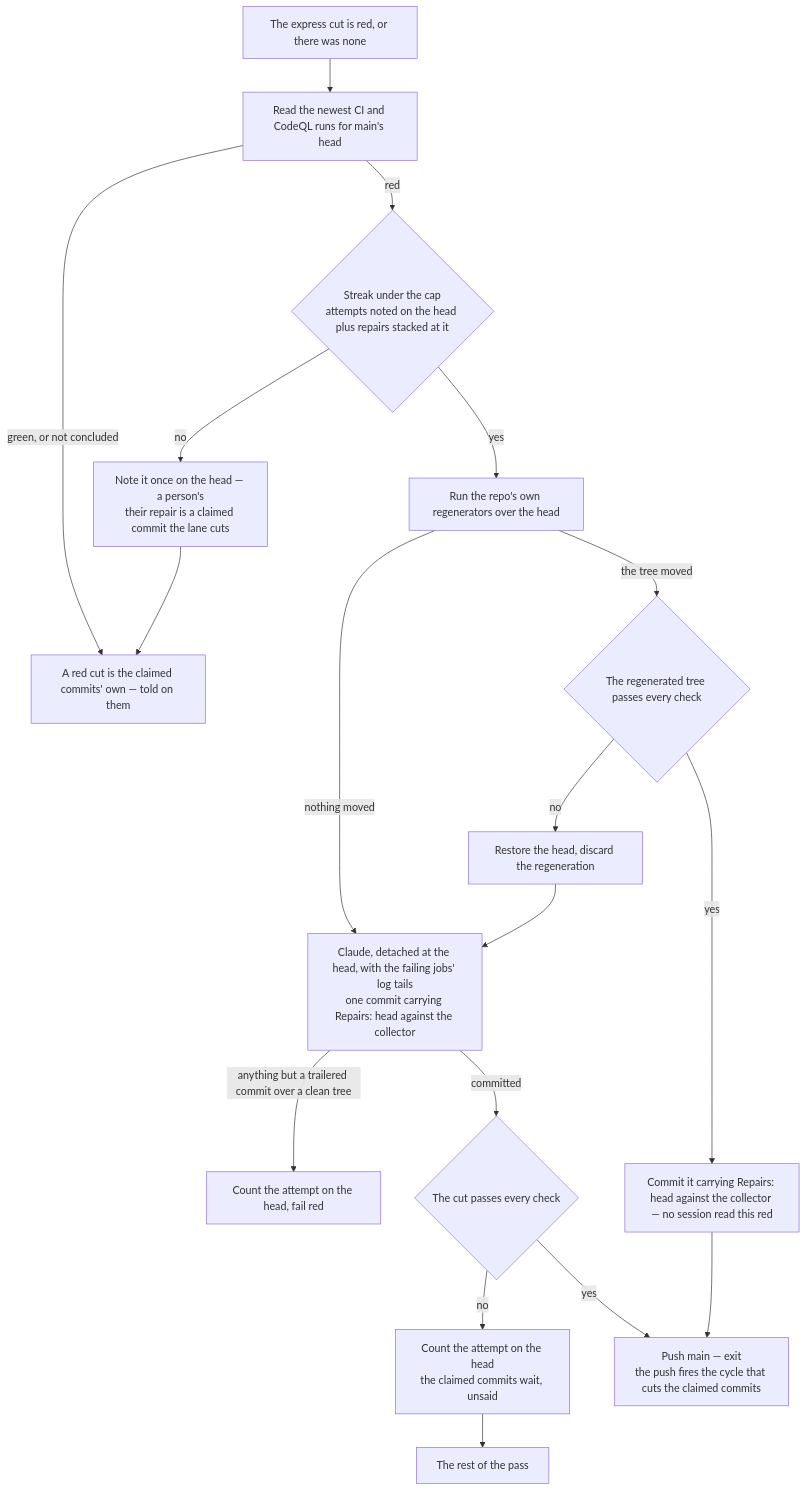
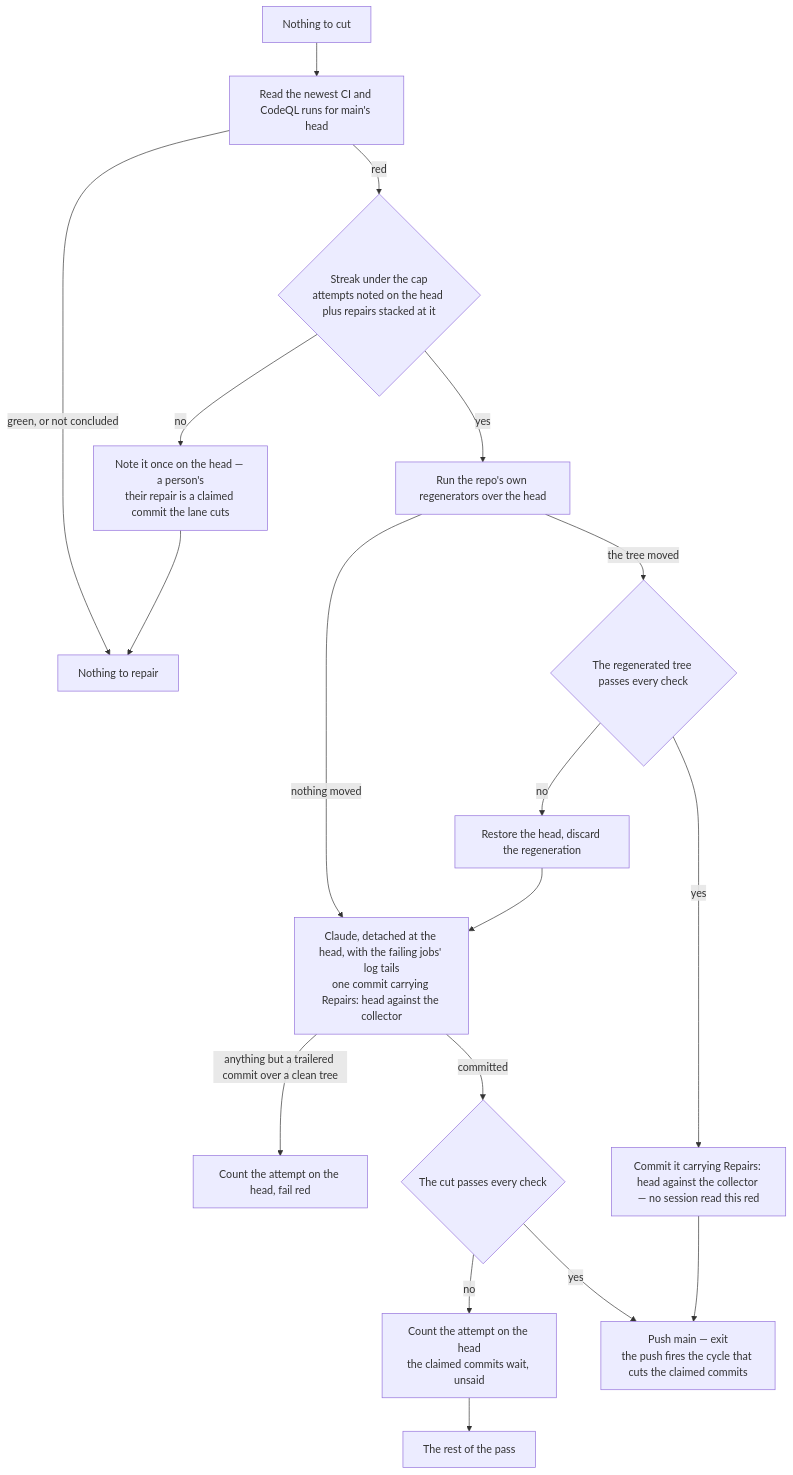
One commit to Esposter/Esposter changed the diagram in apps/web/content/docs/infra/review-collector/repair.md. Above: the diagram before and after it, drawn with Mermaid. The commit also changed other lines of this file and 18 other files, not shown here.

First line of the commit message:
fix(collector): the express cut lands unverified, and the window carries a claim a later commit builds on

````diff
--- a/apps/web/content/docs/infra/review-collector/repair.md
+++ b/apps/web/content/docs/infra/review-collector/repair.md
@@ -14,17 +14,17 @@
 ```mermaid
 flowchart TD
-  E[The express cut is red, or there was none] --> R[Read the newest CI and CodeQL runs for main's head]
-  R -->|green, or not concluded| L[A red cut is the claimed commits' own — told on them]
+  E[Nothing to cut] --> R[Read the newest CI and CodeQL runs for main's head]
+  R -->|green, or not concluded| L[Nothing to repair]
   R -->|red| S{Streak under the cap<br/>attempts noted on the head plus repairs stacked at it}
   S -->|no| P[Note it once on the head — a person's<br/>their repair is a claimed commit the lane cuts] --> L
   S -->|yes| G[Run the repo's own regenerators over the head]
   G -->|nothing moved| C
   G -->|the tree moved| GV{The regenerated tree passes every check}
   GV -->|no| RS[Restore the head, discard the regeneration] --> C
   GV -->|yes| GC[Commit it carrying Repairs: head against the collector — no session read this red] --> PU
   C[Claude, detached at the head, with the failing jobs' log tails<br/>one commit carrying Repairs: head against the collector]
   C -->|anything but a trailered commit over a clean tree| F[Count the attempt on the head, fail red]
   C -->|committed| V{The cut passes every check}
   V -->|no| N[Count the attempt on the head<br/>the claimed commits wait, unsaid] --> L2[The rest of the pass]
   V -->|yes| PU[Push main — exit<br/>the push fires the cycle that cuts the claimed commits]
 ```
````
